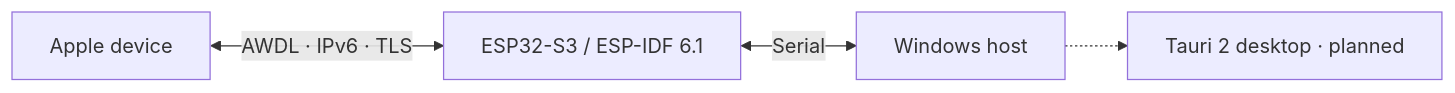
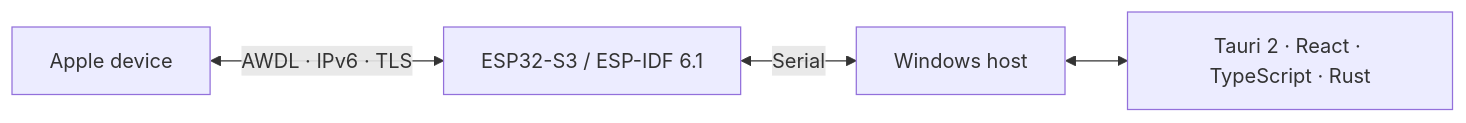
One commit to tianrking/AirBridge changed the diagram in README.md. Above: the diagram before and after it, drawn with Mermaid. The commit also changed other lines of this file and 48 other files, not shown here.

Commit message:
Add multilingual Tauri desktop with Rust-owned transfer workflows

````diff
--- a/README.md
+++ b/README.md
@@ -139,6 +146,6 @@
 ```mermaid
 flowchart LR
   Apple["Apple device"] <-->|"AWDL · IPv6 · TLS"| ESP["ESP32-S3 / ESP-IDF 6.1"]
   ESP <-->|"Serial"| PC["Windows host"]
-  PC -.-> UI["Tauri 2 desktop · planned"]
+  PC <--> UI["Tauri 2 · React · TypeScript · Rust"]
 ```
````
